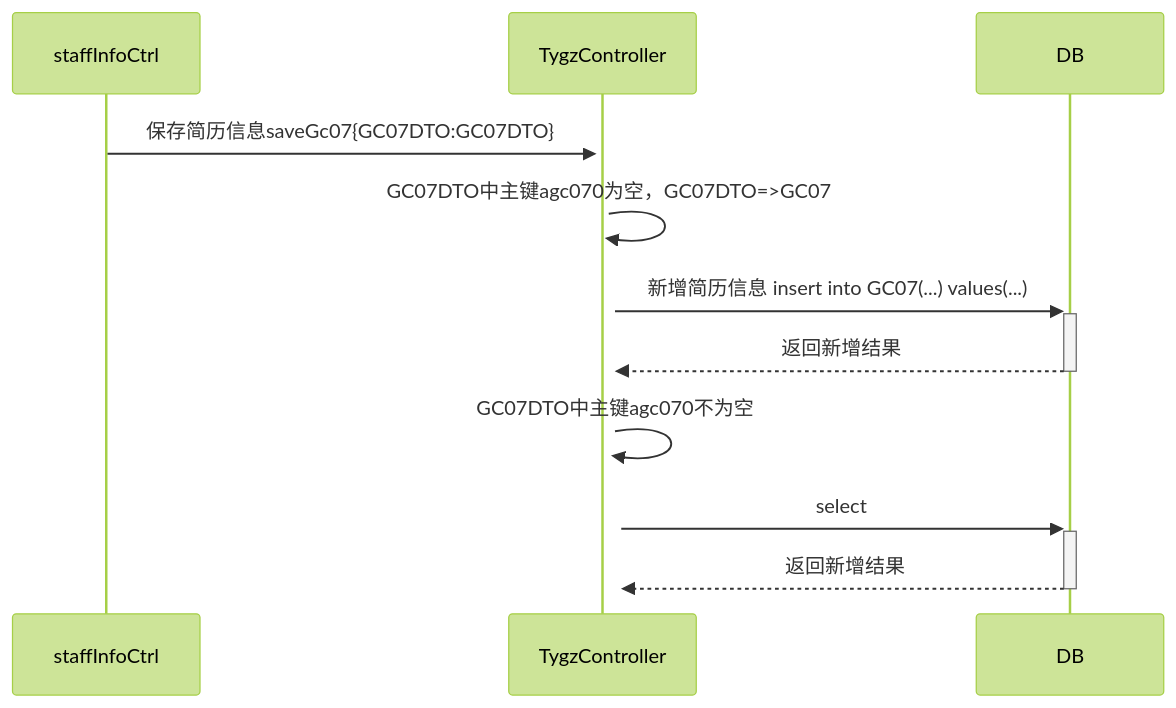
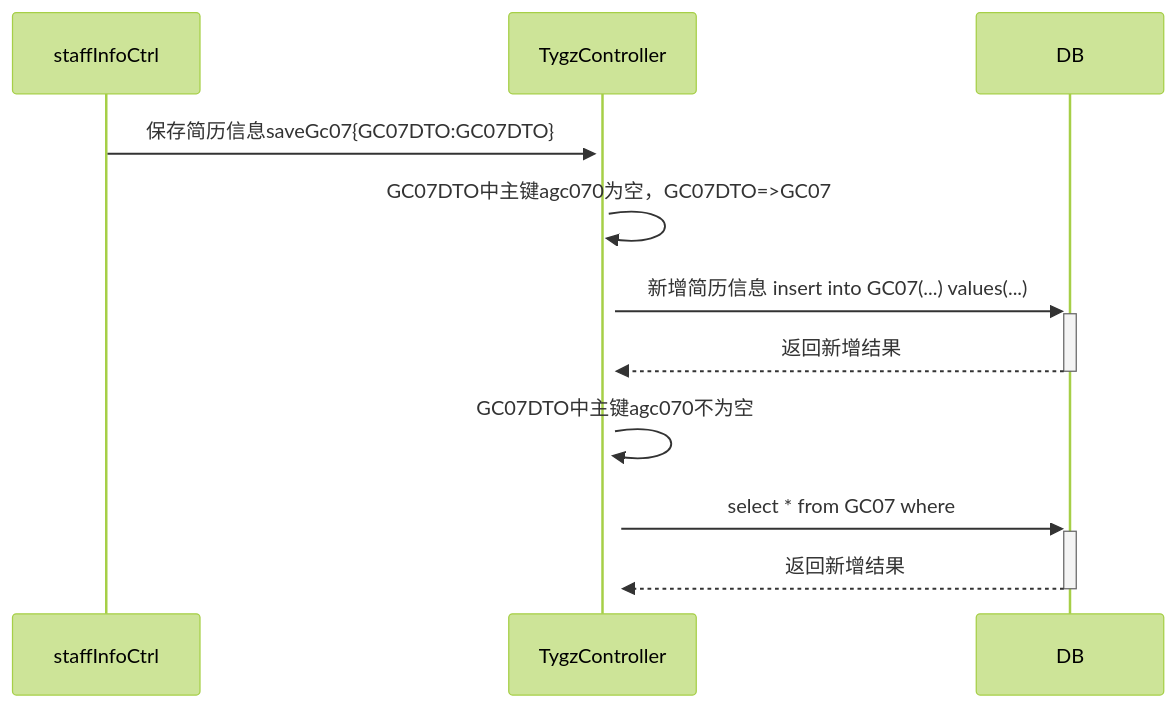
The diagram in all/未命名.md (ZhangJianBeiJing/iodraw-files), drawn with Mermaid (forest theme) before and after one commit.

Commit message:
2025-03-25 17:10:39 update

````diff
--- a/all/未命名.md
+++ b/all/未命名.md
@@ -1,13 +1,13 @@
 ```mermaid
 sequenceDiagram
     staffInfoCtrl->>+TygzController:保存简历信息saveGc07{GC07DTO:GC07DTO}
     TygzController->>+TygzController:GC07DTO中主键agc070为空，GC07DTO=>GC07
     TygzController->>+DB:新增简历信息 insert into GC07(...) values(...)
     DB-->>-TygzController:返回新增结果
     TygzController->>+TygzController:GC07DTO中主键agc070不为空
-    TygzController->>+DB:select 
+    TygzController->>+DB:select * from GC07 where 
     DB-->>-TygzController:返回新增结果
 
 
             
 ```
````
